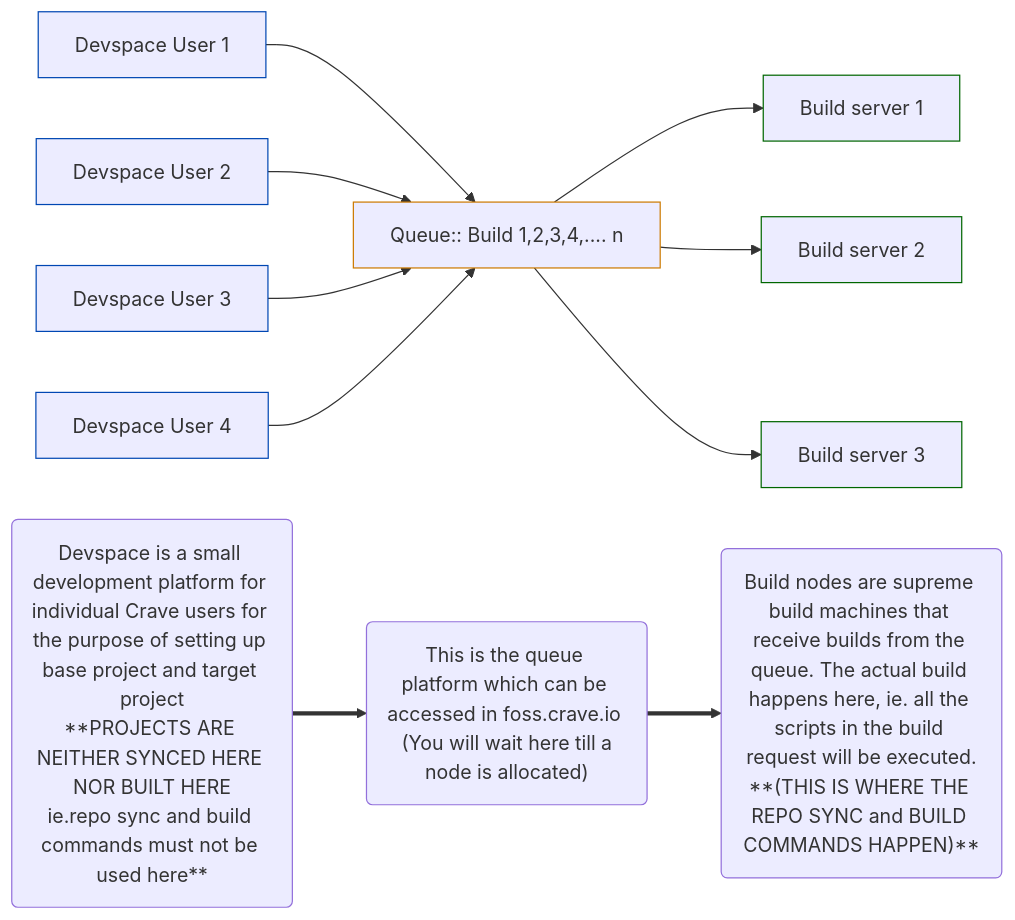
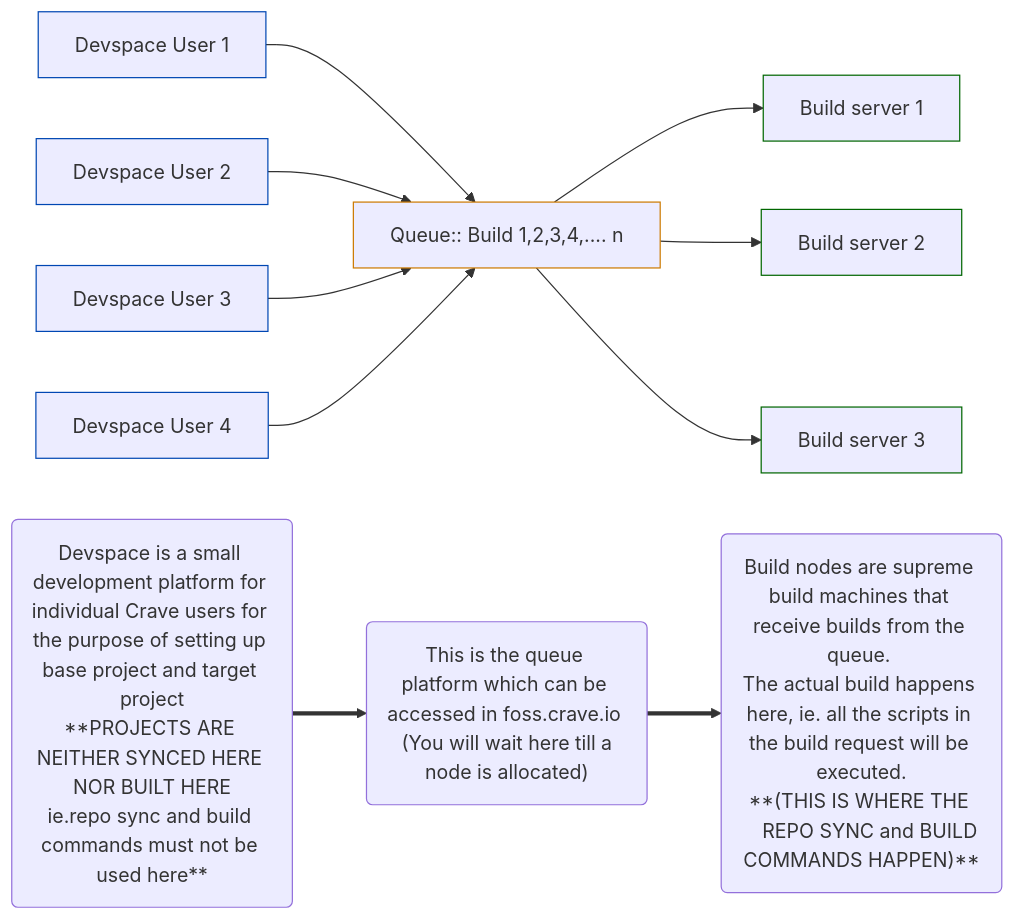
Before and after one commit to FOSSonTop/crave: the diagram in getting-started/building-crave-run.md, drawn with Mermaid.

Commit message:
Try to improve formatting

````diff
--- a/getting-started/building-crave-run.md
+++ b/getting-started/building-crave-run.md
@@ -10,30 +10,31 @@
 ```mermaid
 graph LR
     A[Devspace User 1] --> M
     B[Devspace User 2] --> M
     C[Devspace User 3] --> M
     D[Devspace User 4] --> M
 
     M[Queue:: Build 1,2,3,4,.... n]
 
     M --> E[Build server 1]
     M --> F[Build server 2]
     M --> G[Build server 3]
 
     style A stroke:#0047b3
     style B stroke:#0047b3
     style C stroke:#0047b3
     style D stroke:#0047b3
     
     style M stroke:#cc7a00
     
     style E stroke:#006600
     style F stroke:#006600
     style G stroke:#006600
 
     P("Devspace is a small development platform for individual Crave users for the purpose of setting up base project and target project<br>**PROJECTS ARE NEITHER SYNCED HERE NOR BUILT HERE<br>ie.repo sync and build commands must not be used here**")
     Q("This is the queue platform which can be accessed in foss.crave.io  (You will wait here till a node is allocated)")
-    R("Build nodes are supreme build machines that receive builds from the queue. The actual build happens here, ie. all the scripts in the build request will be executed.<br>**(THIS IS WHERE THE <br>REPO SYNC and BUILD COMMANDS HAPPEN)**")
+    R("Build nodes are supreme build machines that receive builds from the queue. <br>The actual build happens here, ie. all the scripts in the build request will be executed.<br>**(THIS IS WHERE THE 
+    REPO SYNC and BUILD COMMANDS HAPPEN)**")
 
     P ==> Q ==> R
-```
+  ```
````
